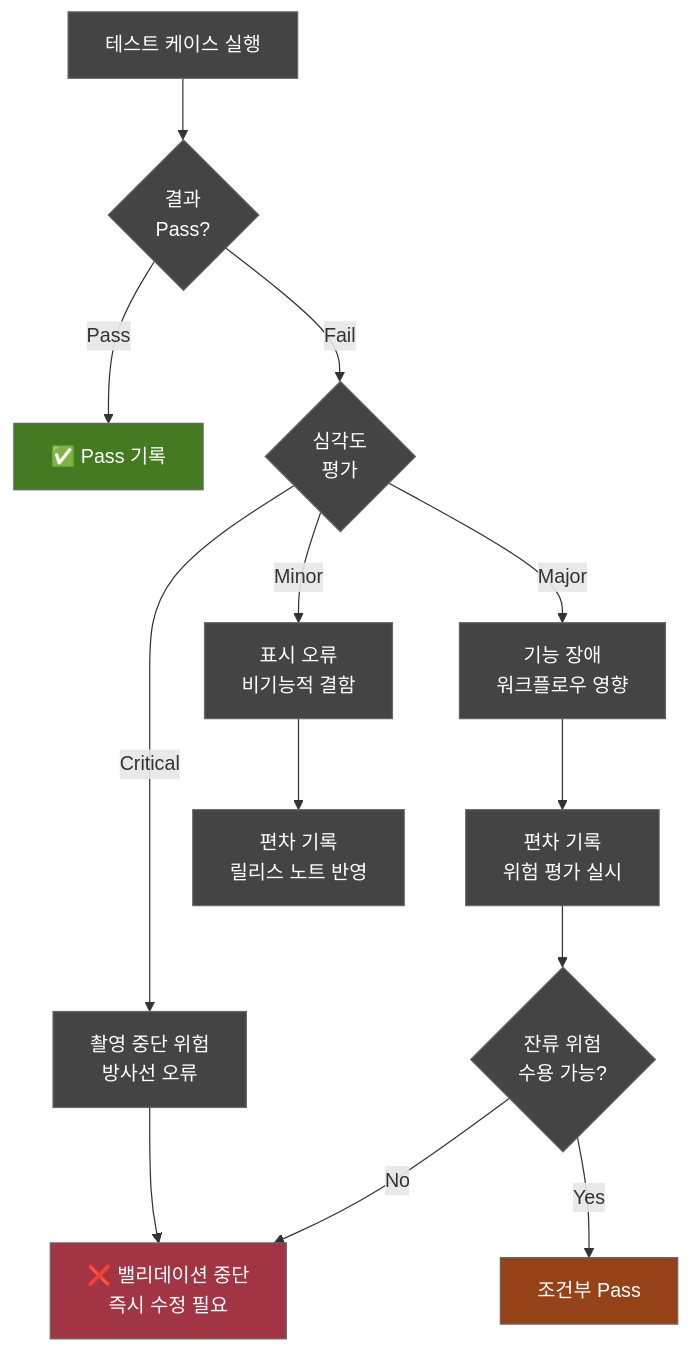
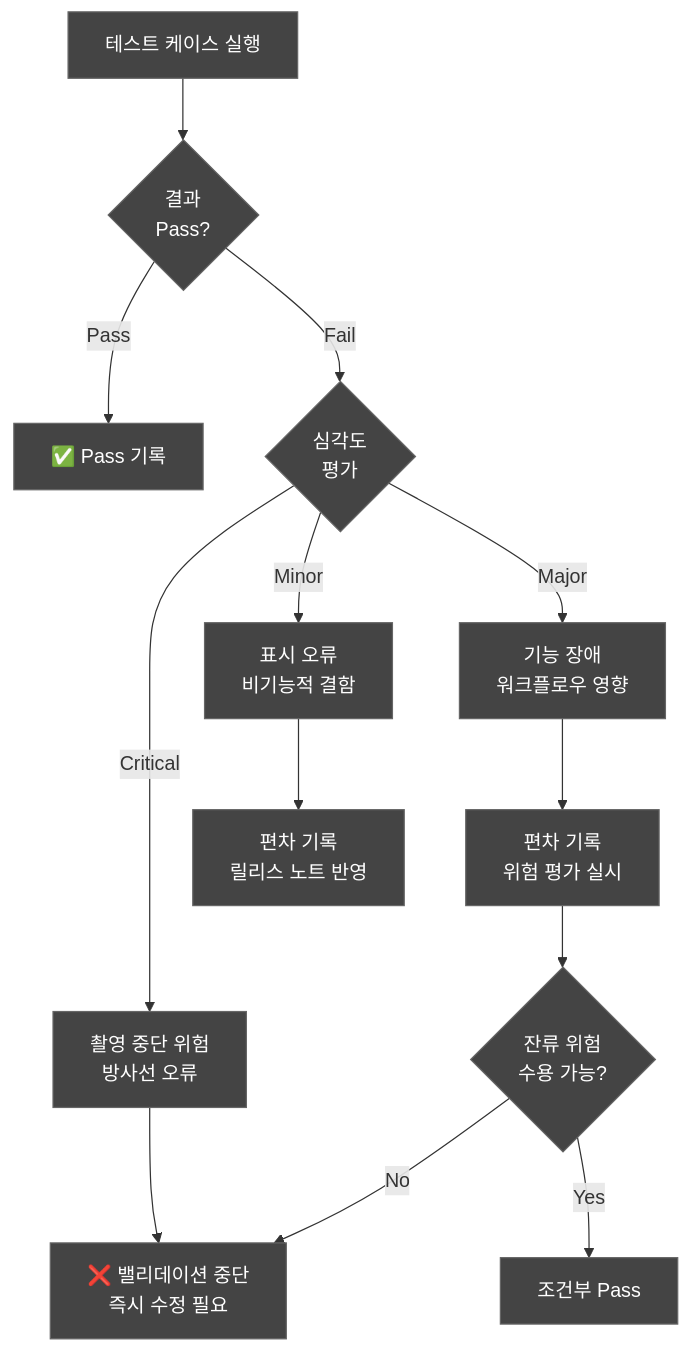
Before and after one commit to holee9/console-gui: the third of 8 diagrams in docs/verification/DOC-015_ValidationPlan_v1.0.md, drawn with Mermaid. The commit also changed other lines of this file and 35 other files, not shown here.

First line of the commit message:
fix: 전체 Mermaid 차트 색상 진한 회색 통일

````diff
--- a/docs/verification/DOC-015_ValidationPlan_v1.0.md
+++ b/docs/verification/DOC-015_ValidationPlan_v1.0.md
@@ -151,20 +151,20 @@
 ```mermaid
 flowchart TD
     classDef default fill:#444,stroke:#666,color:#fff
     START[테스트 케이스 실행] --> R1{결과<br/>Pass?}
     R1 -->|Pass| PASS[✅ Pass 기록]
     R1 -->|Fail| SEV{심각도<br/>평가}
     SEV -->|Critical| C1[촬영 중단 위험<br/>방사선 오류]
     SEV -->|Major| C2[기능 장애<br/>워크플로우 영향]
     SEV -->|Minor| C3[표시 오류<br/>비기능적 결함]
     C1 --> STOP[❌ 밸리데이션 중단<br/>즉시 수정 필요]
     C2 --> DEV[편차 기록<br/>위험 평가 실시]
     C3 --> DOC[편차 기록<br/>릴리스 노트 반영]
     DEV --> RA{잔류 위험<br/>수용 가능?}
     RA -->|Yes| COND[조건부 Pass]
     RA -->|No| STOP
     
-    style PASS fill:#437A22,color:#fff
-    style STOP fill:#A13544,color:#fff
-    style COND fill:#964219,color:#fff
+    style PASS fill:#444,color:#fff
+    style STOP fill:#444,color:#fff
+    style COND fill:#444,color:#fff
 ```
````
